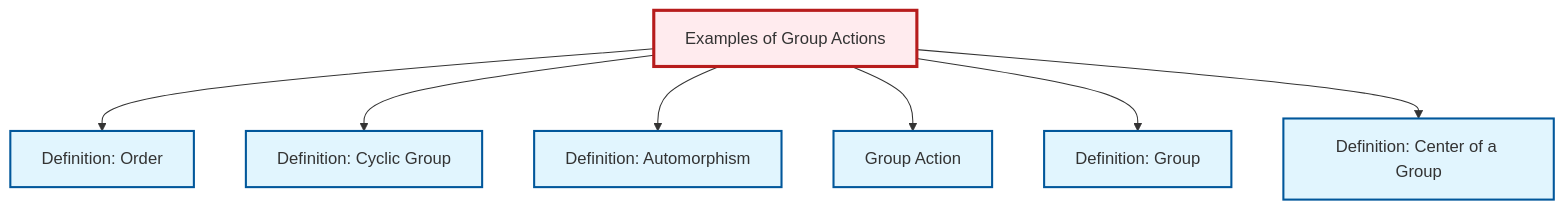
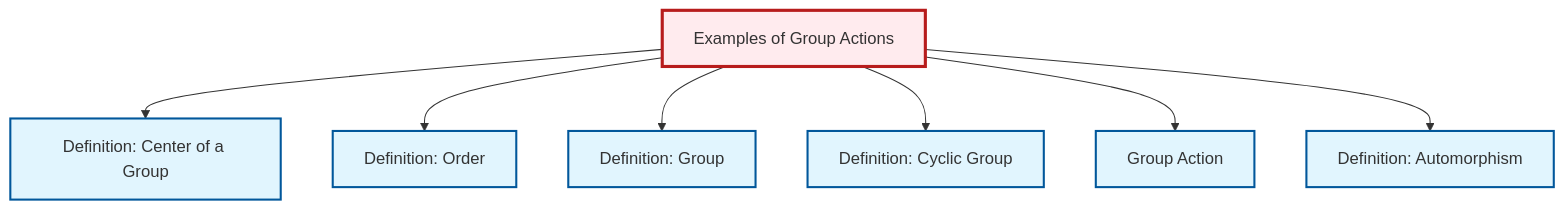
The diagram in content/en/algebra/ex-group-action-examples.qmd (RK0429/ModernMath), drawn with Mermaid before and after one commit. The commit also changed other lines of this file and 672 other files, not shown here.

````diff
--- a/content/en/algebra/ex-group-action-examples.qmd
+++ b/content/en/algebra/ex-group-action-examples.qmd
@@ -78,29 +78,29 @@
 ```{mermaid}
 %%| fig-cap: "Local dependency graph"
 graph TD
     classDef definition fill:#e1f5fe,stroke:#01579b,stroke-width:2px
     classDef theorem fill:#f3e5f5,stroke:#4a148c,stroke-width:2px
     classDef axiom fill:#fff3e0,stroke:#e65100,stroke-width:2px
     classDef example fill:#e8f5e9,stroke:#1b5e20,stroke-width:2px
     classDef current fill:#ffebee,stroke:#b71c1c,stroke-width:3px
     def-cyclic-group["Definition: Cyclic Group"]:::definition
     def-order["Definition: Order"]:::definition
+    ex-group-action-examples["Examples of Group Actions"]:::example
+    def-automorphism["Definition: Automorphism"]:::definition
+    def-group["Definition: Group"]:::definition
+    def-center-of-group["Definition: Center of a Group"]:::definition
     def-group-action["Group Action"]:::definition
-    def-center-of-group["Definition: Center of a Group"]:::definition
-    def-automorphism["Definition: Automorphism"]:::definition
-    ex-group-action-examples["Examples of Group Actions"]:::example
-    def-group["Definition: Group"]:::definition
+    ex-group-action-examples --> def-center-of-group
     ex-group-action-examples --> def-order
+    ex-group-action-examples --> def-group
     ex-group-action-examples --> def-cyclic-group
+    ex-group-action-examples --> def-group-action
     ex-group-action-examples --> def-automorphism
-    ex-group-action-examples --> def-group-action
-    ex-group-action-examples --> def-group
-    ex-group-action-examples --> def-center-of-group
     class ex-group-action-examples current
     click def-cyclic-group "def-cyclic-group.html" "Go to Cyclic Group definition"
     click def-order "def-order.html" "Go to Order definition"
-    click def-group-action "def-group-action.html" "Go to Group Action"
-    click def-center-of-group "def-center-of-group.html" "Go to Center of a Group definition"
     click def-automorphism "def-automorphism.html" "Go to Automorphism definition"
     click def-group "def-group.html" "Go to Group definition"
+    click def-center-of-group "def-center-of-group.html" "Go to Center of a Group definition"
+    click def-group-action "def-group-action.html" "Go to Group Action"
 ```
````
